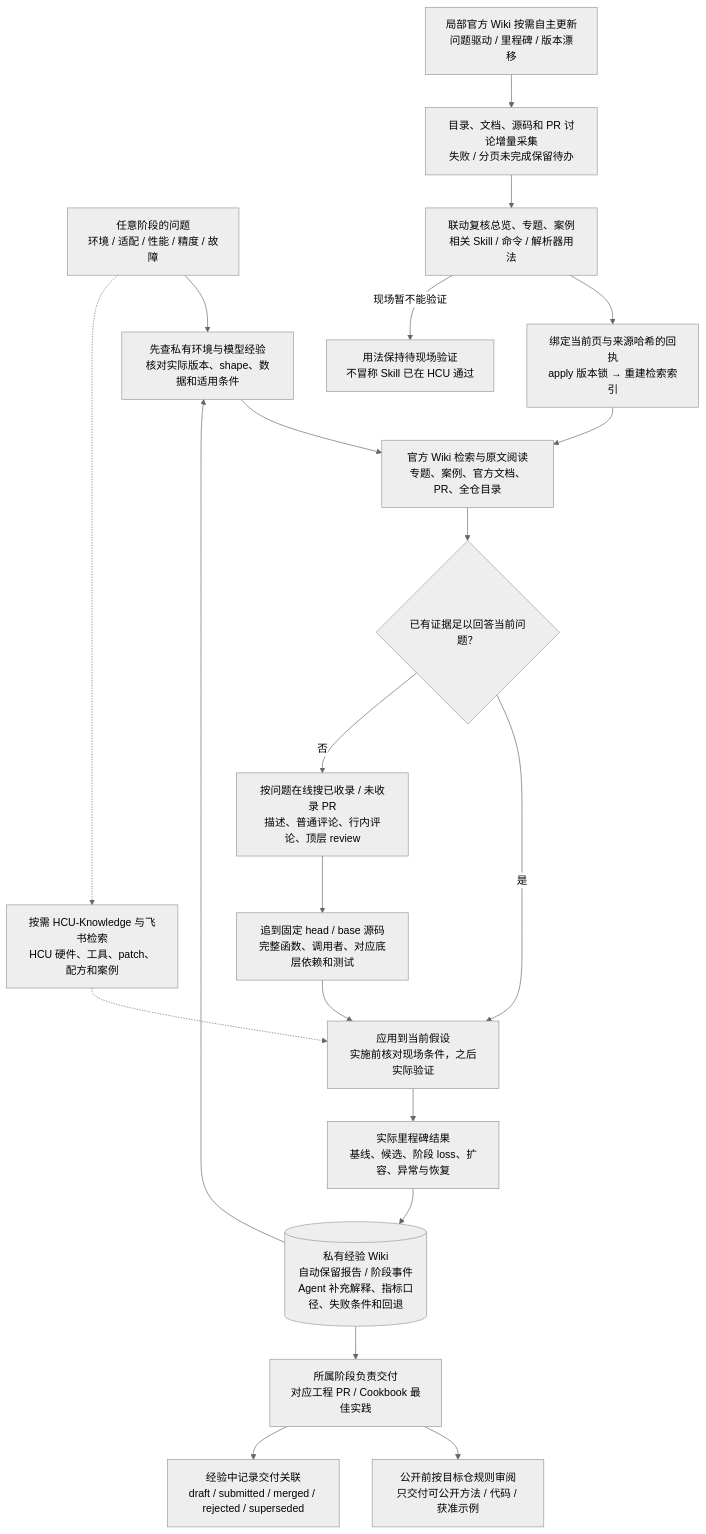
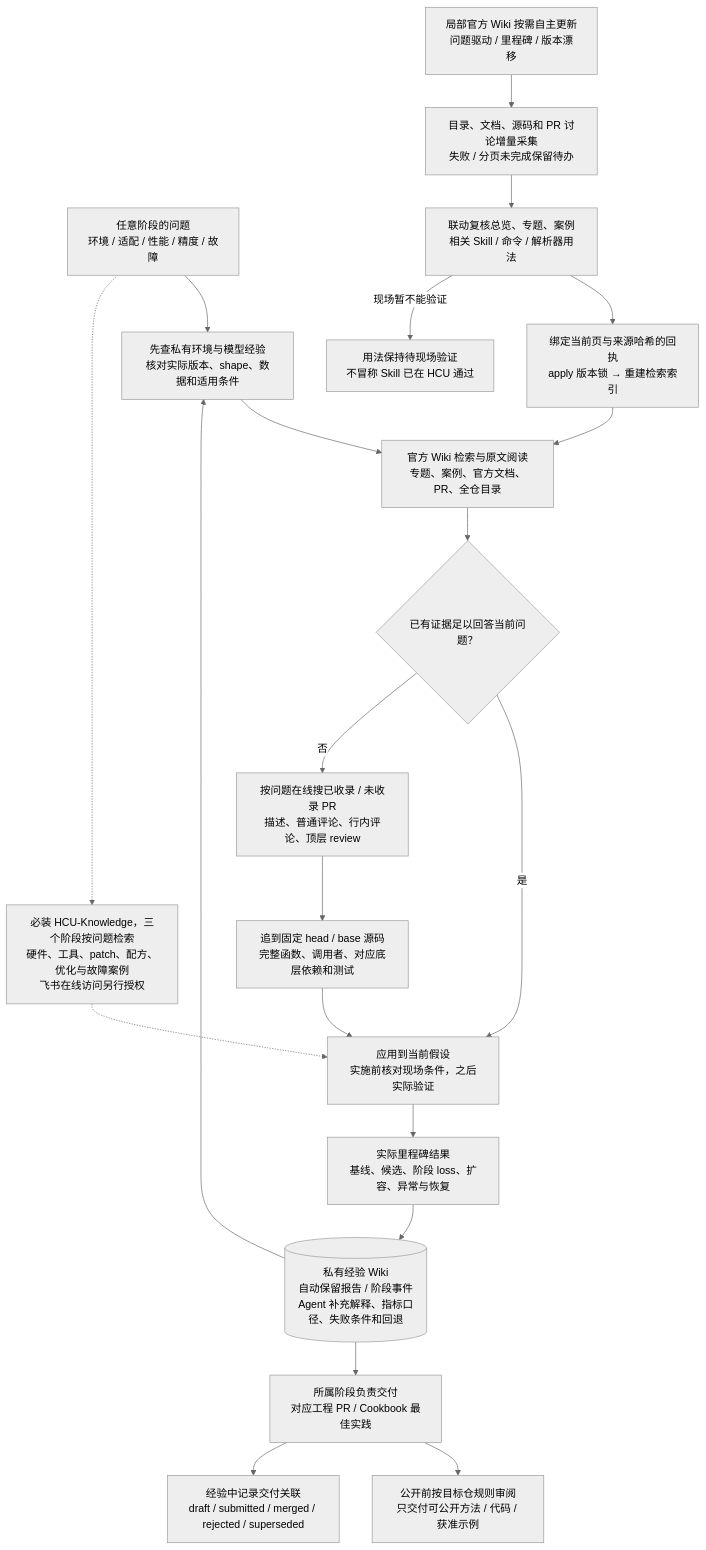
Before and after one commit to yuguo-Jack/HCU-TrainFlow: diagram 12 of 12 in docs/workflow-map.md, drawn with Mermaid (neutral theme). The commit also changed other lines of this file and 32 other files, not shown here.

Commit message:
Strengthen Torch training and communication workflows with required HCU knowledge setup

````diff
--- a/docs/workflow-map.md
+++ b/docs/workflow-map.md
@@ -296,23 +355,23 @@
 ```mermaid
 flowchart TD
     PROB["任意阶段的问题<br/>环境 / 适配 / 性能 / 精度 / 故障"] --> EXP["先查私有环境与模型经验<br/>核对实际版本、shape、数据和适用条件"]
     EXP --> LOCAL["官方 Wiki 检索与原文阅读<br/>专题、案例、官方文档、PR、全仓目录"]
     LOCAL --> ANSWER{"已有证据足以回答当前问题？"}
     ANSWER -->|是| USE["应用到当前假设<br/>实施前核对现场条件，之后实际验证"]
     ANSWER -->|否| PR["按问题在线搜已收录 / 未收录 PR<br/>描述、普通评论、行内评论、顶层 review"]
     PR --> CODE["追到固定 head / base 源码<br/>完整函数、调用者、对应底层依赖和测试"]
     CODE --> USE
-    PROB -.-> HCU["按需 HCU-Knowledge 与飞书检索<br/>HCU 硬件、工具、patch、配方和案例"]
+    PROB -.-> HCU["必装 HCU-Knowledge，三个阶段按问题检索<br/>硬件、工具、patch、配方、优化与故障案例<br/>飞书在线访问另行授权"]
     HCU -.-> USE
     USE --> RESULT["实际里程碑结果<br/>基线、候选、阶段 loss、扩容、异常与恢复"]
     RESULT --> PRIVATE[("私有经验 Wiki<br/>自动保留报告 / 阶段事件<br/>Agent 补充解释、指标口径、失败条件和回退")]
     PRIVATE --> EXP
     PRIVATE --> DELIVERY["所属阶段负责交付<br/>对应工程 PR / Cookbook 最佳实践"]
     DELIVERY --> PUBLIC["公开前按目标仓规则审阅<br/>只交付可公开方法 / 代码 / 获准示例"]
     DELIVERY --> TRACK["经验中记录交付关联<br/>draft / submitted / merged / rejected / superseded"]
     REFRESH["局部官方 Wiki 按需自主更新<br/>问题驱动 / 里程碑 / 版本漂移"] --> FETCH["目录、文档、源码和 PR 讨论增量采集<br/>失败 / 分页未完成保留待办"]
     FETCH --> IMPACT["联动复核总览、专题、案例<br/>相关 Skill / 命令 / 解析器用法"]
     IMPACT --> APPLY["绑定当前页与来源哈希的回执<br/>apply 版本锁 → 重建检索索引"]
     APPLY --> LOCAL
     IMPACT -->|现场暂不能验证| PENDING["用法保持待现场验证<br/>不冒称 Skill 已在 HCU 通过"]
 ```
````
